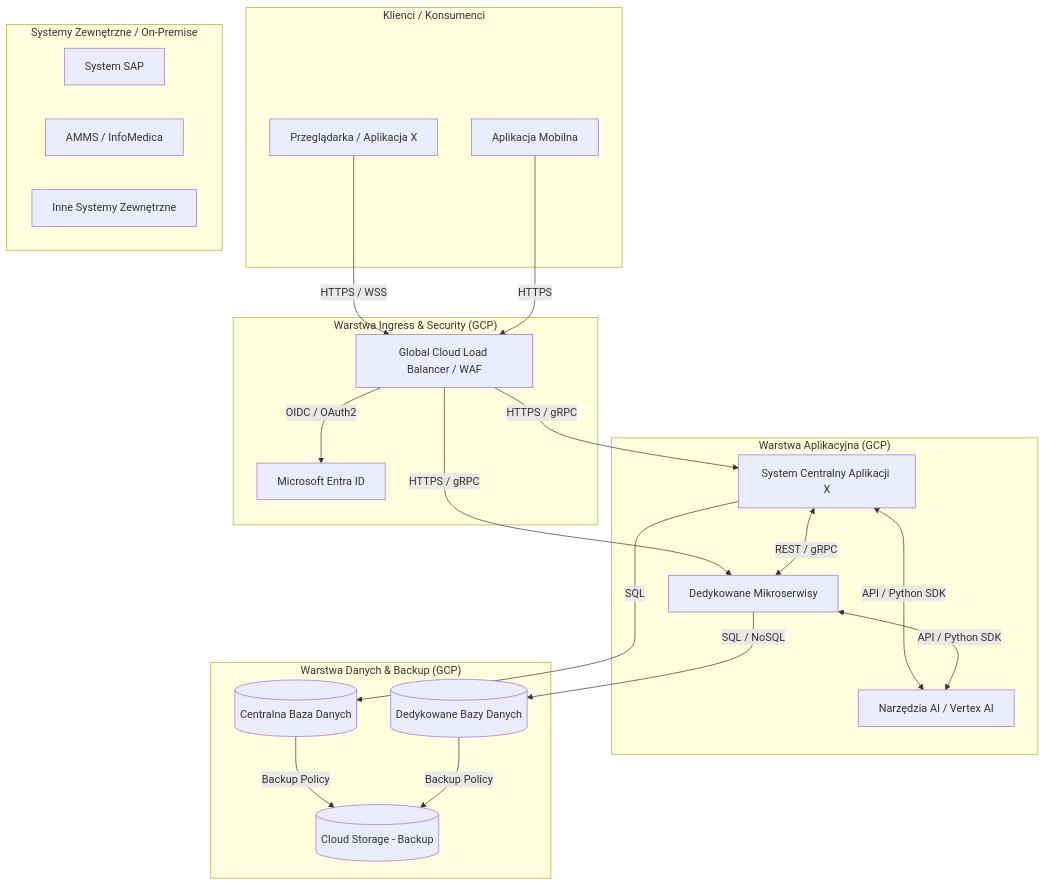
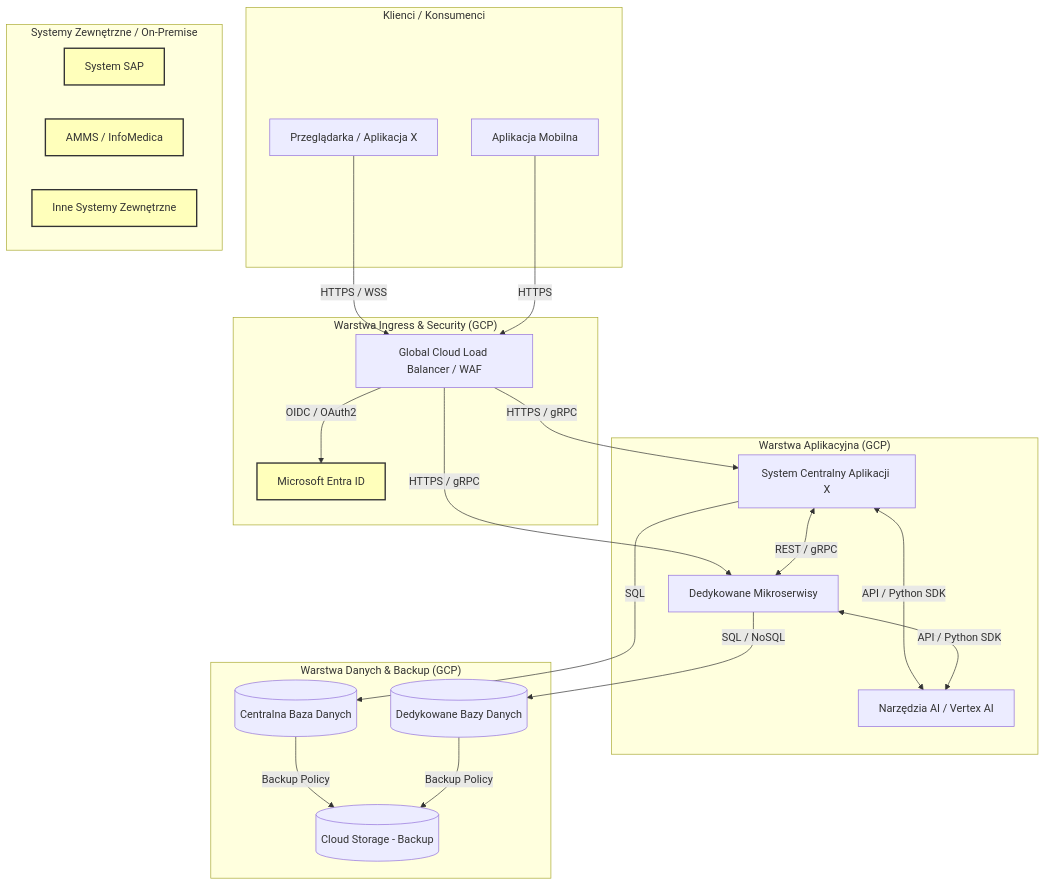
Before and after one commit to mtum00-dev01/demo: the first of 2 diagrams in infrastruktura-hld-lld-example.md, drawn with Mermaid.

Commit message:
Define styles for Mermaid graph in documentation
Added style definitions for Mermaid diagram.

````diff
--- a/infrastruktura-hld-lld-example.md
+++ b/infrastruktura-hld-lld-example.md
@@ -3,60 +3,62 @@
 ```mermaid
 
 graph TD
+    %% Definicja stylów
+    classDef extStyle fill:#ffb,stroke:#333,stroke-width:2px;
 
     %% Klienci
     subgraph "Klienci / Konsumenci"
         Web[Przeglądarka / Aplikacja X]
         Mobile[Aplikacja Mobilna]
     end
     class Web,Mobile userStyle;
 
     %% Warstwa Brzegowa
     subgraph "Warstwa Ingress & Security (GCP)"
         LB[Global Cloud Load Balancer / WAF]
         Entra[Microsoft Entra ID]
     end
     class LB ingressStyle;
     class Entra extStyle;
 
     %% Warstwa Aplikacyjna
     subgraph "Warstwa Aplikacyjna (GCP)"
         Core[System Centralny Aplikacji X]
         MS[Dedykowane Mikroserwisy]
         AI[Narzędzia AI / Vertex AI]
     end
     class Core,MS,AI appStyle;
 
     %% Warstwa Danych
     subgraph "Warstwa Danych & Backup (GCP)"
         DB_Centr[(Centralna Baza Danych)]
         DB_Ded[(Dedykowane Bazy Danych)]
         BKP[(Cloud Storage - Backup)]
     end
     class DB_Centr,DB_Ded,BKP dataStyle;
 
     %% Systemy Zewnętrzne
     subgraph "Systemy Zewnętrzne / On-Premise"
         SAP[System SAP]
         AMMS[AMMS / InfoMedica]
         ExtSys[Inne Systemy Zewnętrzne]
     end
     class SAP,AMMS,ExtSys extStyle;
 
     %% Relacje i komunikacja
     Web -->|HTTPS / WSS| LB
     Mobile -->|HTTPS| LB
     LB -->|OIDC / OAuth2| Entra
     LB -->|HTTPS / gRPC| Core
     LB -->|HTTPS / gRPC| MS
     
     Core <-->|REST / gRPC| MS
     Core <-->|API / Python SDK| AI
     MS <-->|API / Python SDK| AI
     
     Core -->|SQL| DB_Centr
     MS -->|SQL / NoSQL| DB_Ded
     
     DB_Centr -->|Backup Policy| BKP
     DB_Ded -->|Backup Policy| BKP
 ```
````
